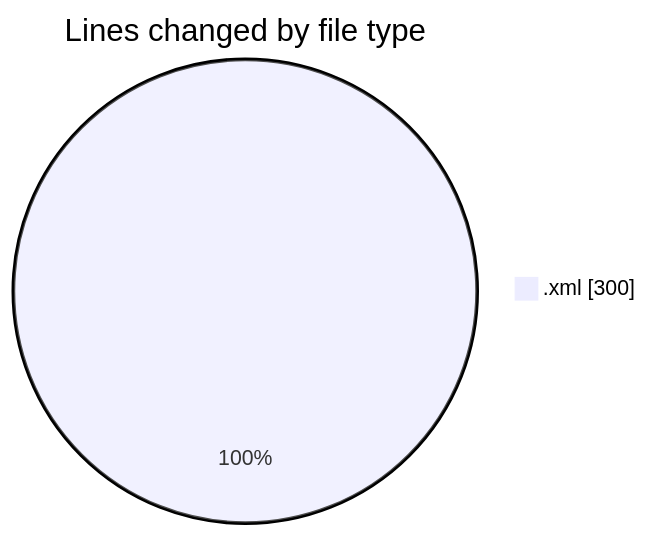
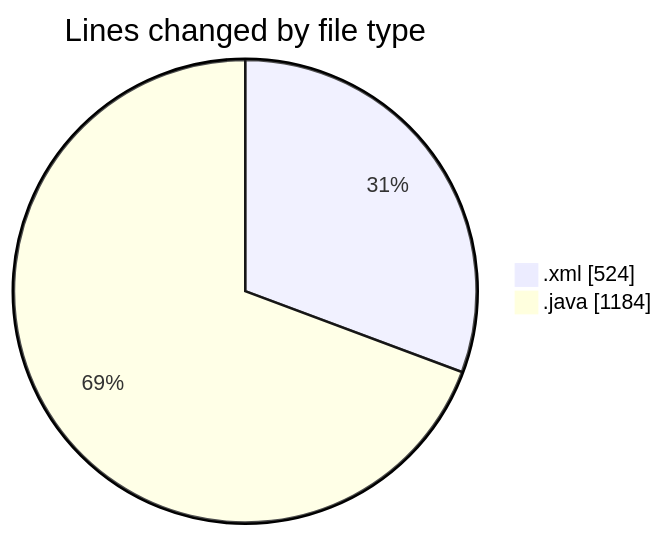
One commit to CELIANVF/code-tracking changed the first of 2 diagrams in 2025-06-09/androidsumapp/README.md. Above: the diagram before and after it, drawn with Mermaid. The commit also changed other lines of this file and 1 other file, not shown here.

````diff
--- a/2025-06-09/androidsumapp/README.md
+++ b/2025-06-09/androidsumapp/README.md
@@ -20,5 +24,6 @@
 ```mermaid
 pie showData
 title Lines changed by file type
-".xml" : 300
+".xml" : 524
+".java" : 1184
 ```
````
